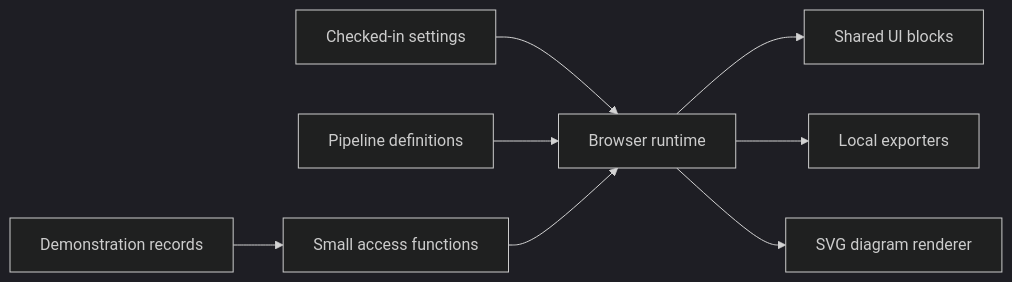
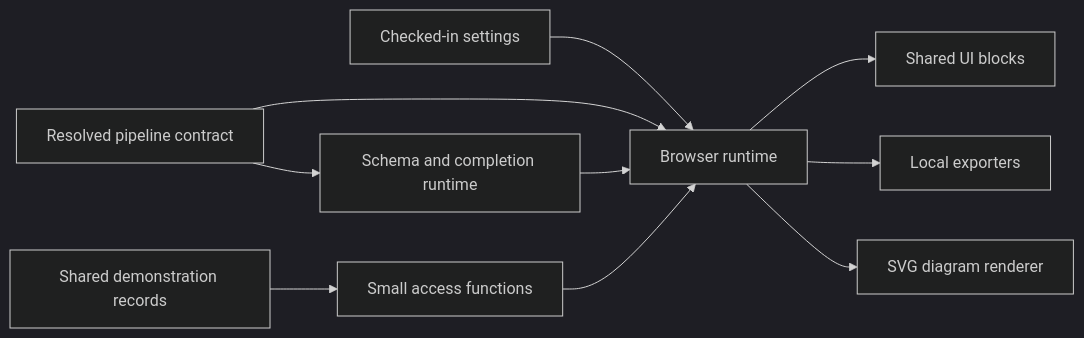
The second of 4 diagrams in docs/PROJECT.md (matginesi/LabFlow), drawn with Mermaid (dark theme) before and after one commit. The commit also changed other lines of this file and 35 other files, not shown here.

````diff
--- a/docs/PROJECT.md
+++ b/docs/PROJECT.md
@@ -50,10 +50,12 @@
 ```mermaid
 flowchart LR
   A[Checked-in settings] --> E[Browser runtime]
-  B[Pipeline definitions] --> E
-  C[Demonstration records] --> D[Small access functions]
+  B[Resolved pipeline contract] --> E
+  C[Shared demonstration records] --> D[Small access functions]
   D --> E
+  B --> R[Schema and completion runtime]
+  R --> E
   E --> F[Shared UI blocks]
   E --> G[Local exporters]
   E --> H[SVG diagram renderer]
 ```
````
